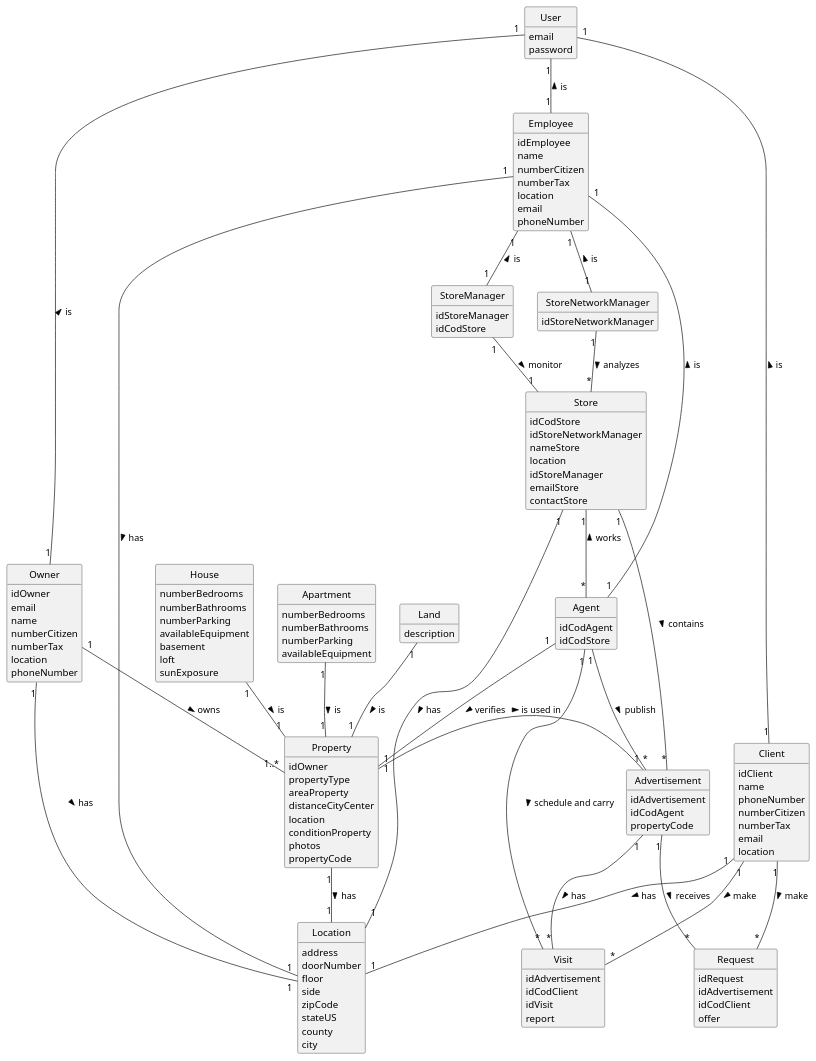
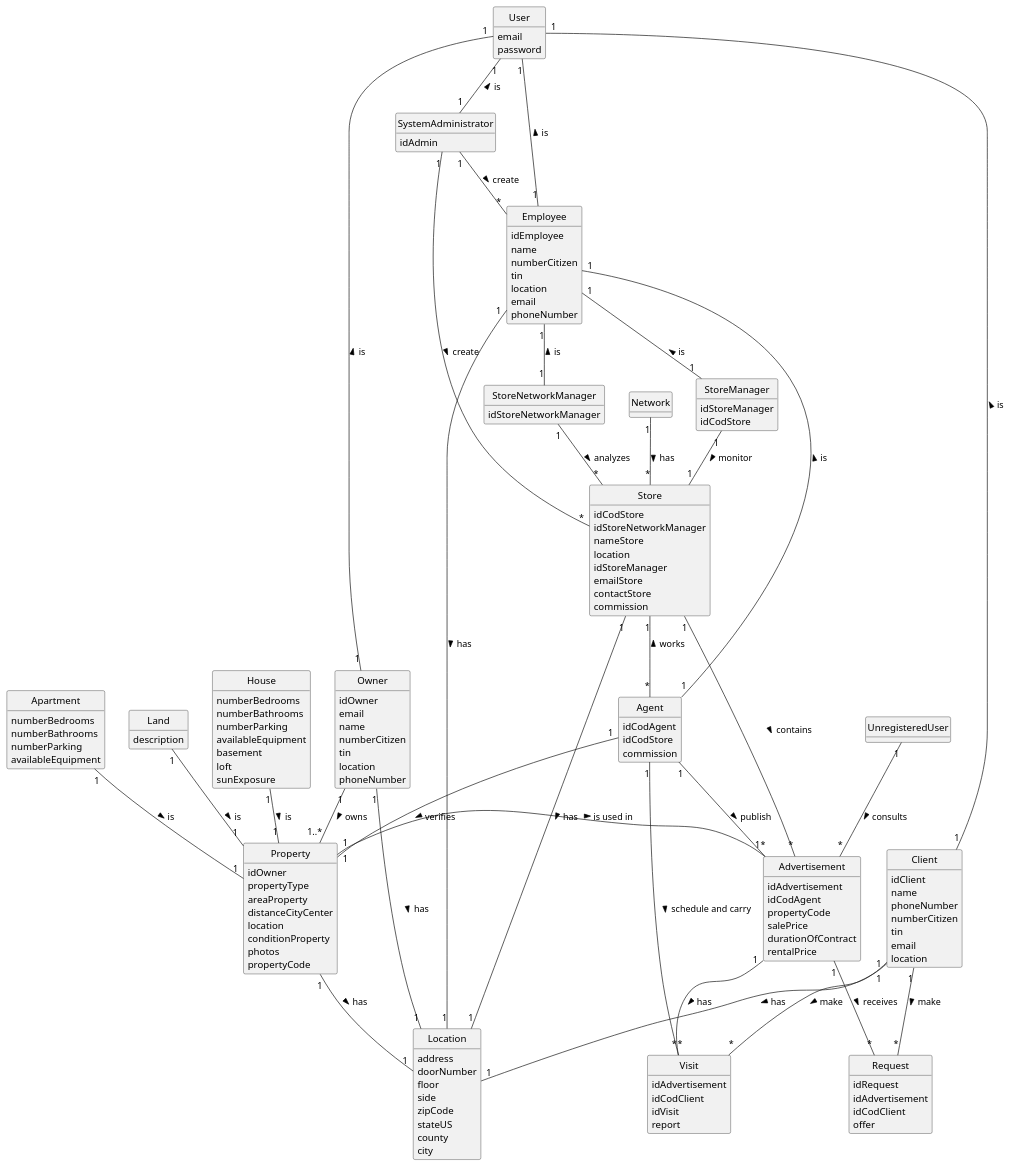
Before and after one commit to PEDROMOREIRA45/lei-23-s2-1dg-g31: the diagram in docs/sprintA/global-artifacts/02.analysis/puml/project-domain-model.puml, drawn with PlantUML. The commit also changed 1 other file, not shown here.

```diff
--- a/docs/sprintA/global-artifacts/02.analysis/puml/project-domain-model.puml
+++ b/docs/sprintA/global-artifacts/02.analysis/puml/project-domain-model.puml
@@ -1,160 +1,177 @@
 @startuml
 'https://plantuml.com/class-diagram
 skinparam monochrome true
 skinparam packageStyle rectangle
 skinparam shadowing false
 hide circle
 hide methods
 
-
+class Network
 
 class Employee{
     idEmployee
     name
     numberCitizen
-    numberTax
+    tin
     location
     email
     phoneNumber
 }
 
 class Client {
     idClient
     name
     phoneNumber
     numberCitizen
-    numberTax
+    tin
     email
     location
 }
 
 class Owner {
     idOwner
     email
     name
     numberCitizen
-    numberTax
+    tin
     location
     phoneNumber
 }
 
 class Agent {
     idCodAgent
     idCodStore
+    commission
 }
 
 class Advertisement {
     idAdvertisement
     idCodAgent
     propertyCode
+    salePrice
+    durationOfContract
+    rentalPrice
 }
 
 class Property{
     idOwner
     propertyType
     areaProperty
     distanceCityCenter
     location
     conditionProperty
     photos
     propertyCode
 }
 
 class House {
     numberBedrooms
     numberBathrooms
     numberParking
     availableEquipment
     basement
     loft
     sunExposure
 }
 
 class Apartment{
     numberBedrooms
     numberBathrooms
     numberParking
     availableEquipment
 }
 
 class Land{
     description
 }
 
 class Store{
     idCodStore
     idStoreNetworkManager
     nameStore
     location
     idStoreManager
     emailStore
     contactStore
+    commission
 }
 
 class Visit{
     idAdvertisement
     idCodClient
     idVisit
     report
 }
 
 class Location {
     address
     doorNumber
     floor
     side
     zipCode
     stateUS
     county
     city
 }
 
 class StoreManager {
     idStoreManager
     idCodStore
 }
 
 class StoreNetworkManager {
     idStoreNetworkManager
 }
 
 class Request{
     idRequest
     idAdvertisement
     idCodClient
     offer
 }
+
 class User{
     email
     password
 }
+
+class SystemAdministrator{
+    idAdmin
+}
+
+class UnregisteredUser
 
 Owner "1" -- "1..*" Property: owns >
 Agent "1" -- "*" Advertisement: publish >
 House "1" -- "1" Property: is >
 Apartment "1" -- "1" Property: is >
 Land "1" -- "1"  Property: is >
 Store "1" -- "*" Agent: works <
 StoreManager "1" -- "1" Store:  monitor >
 Property "1" -- "1" Location: has >
 StoreNetworkManager "1" -- "*" Store:  analyzes >
 Employee "1" -- "1" Agent: is <
 Employee "1" -- "1" StoreManager: is <
 Employee "1" -- "1" StoreNetworkManager: is <
 Advertisement"1" -- "*"Request: receives >
 Client"1" -- "*"Request: make >
 Store"1" -- "1"Location: has >
 Advertisement "1" -- "*" Visit: has >
 Client "1" -- "*" Visit: make >
 Agent "1" -- "*" Visit: schedule and carry >
 User "1" -- "1" Employee: is <
 User "1" -- "1" Owner: is <
 User "1" -- "1" Client: is <
 Property "1" - "1" Advertisement: is used in >
 Client "1" -- "1" Location: has >
 Employee "1" -- "1" Location: has >
 Owner "1" -- "1" Location: has >
 Agent "1" -- "1" Property: verifies >
 Store "1" -- "*" Advertisement: contains >
+UnregisteredUser "1" -- "*" Advertisement: consults >
+SystemAdministrator "1" -- "*" Store: create >
+SystemAdministrator "1" -- "*" Employee: create >
+User "1" -- "1" SystemAdministrator: is <
+Network "1" -- "*" Store: has >
 
 @enduml
```
